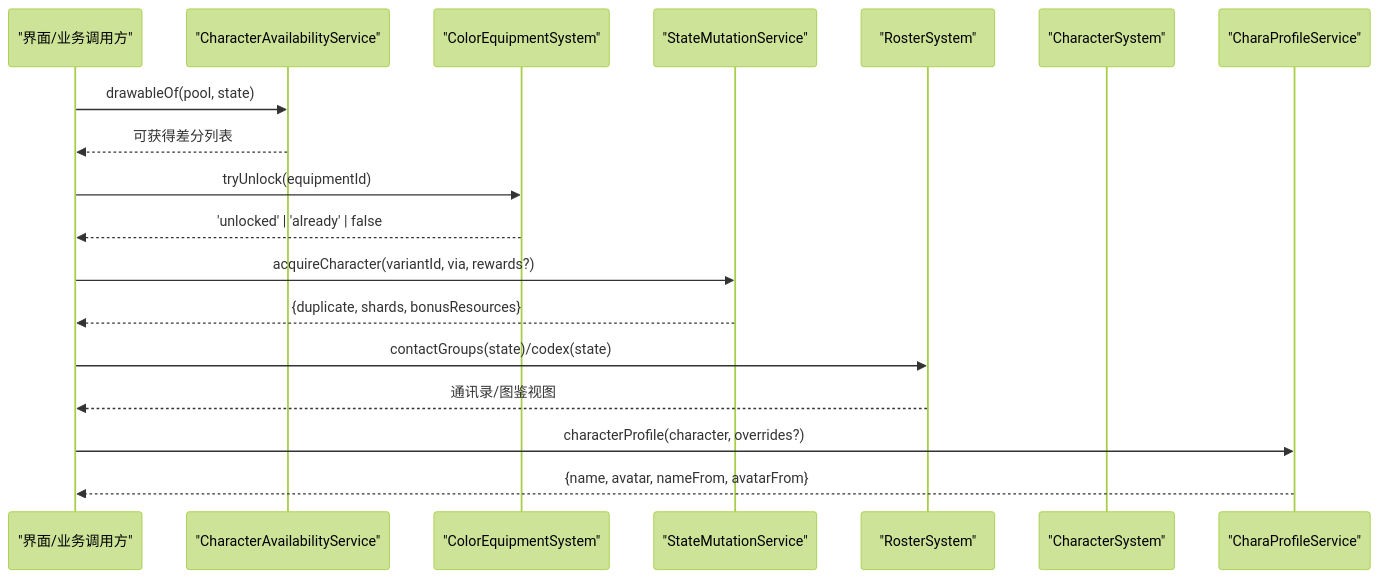
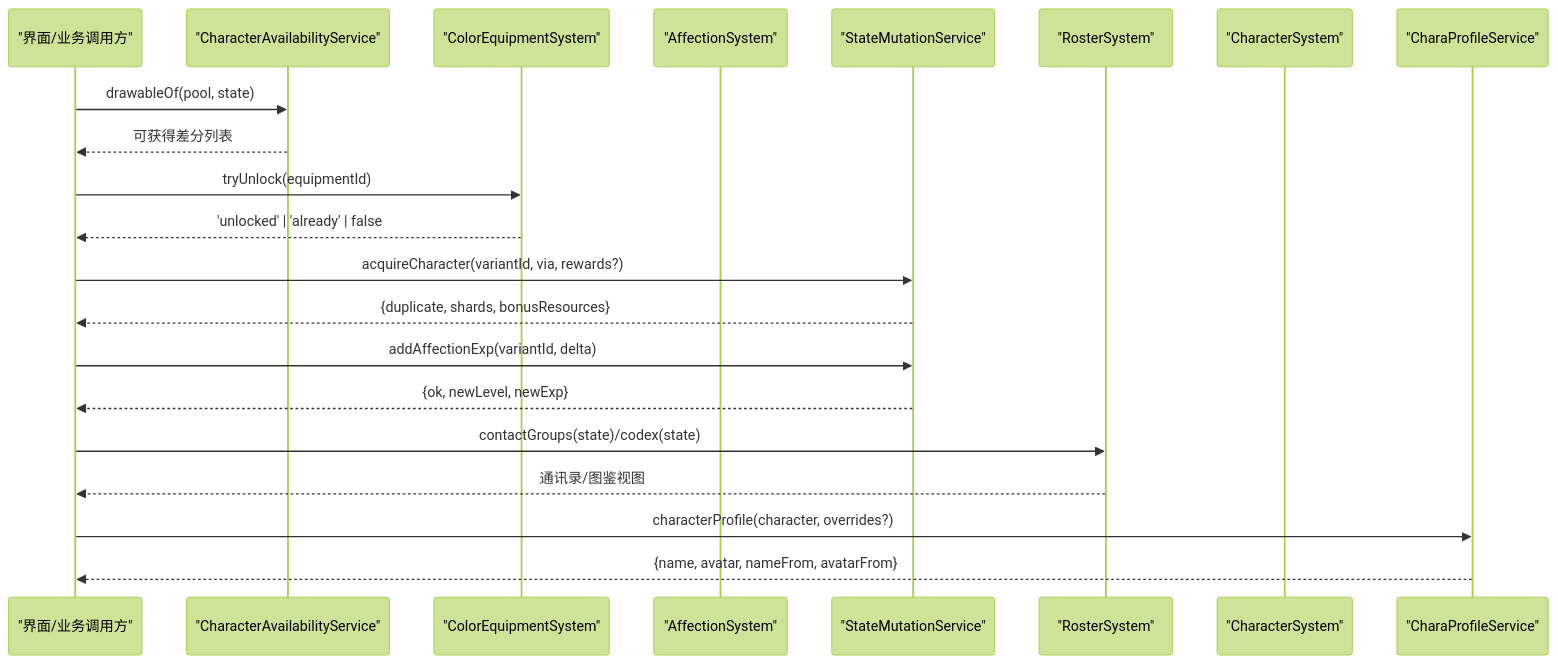
The second of 12 diagrams in .qoder/repowiki/zh/content/游戏系统/角色系统.md (EsiLA9/Arona-Clicker), drawn with Mermaid (forest theme) before and after one commit. The commit also changed other lines of this file and 79 other files, not shown here.

````diff
--- a/.qoder/repowiki/zh/content/游戏系统/角色系统.md
+++ b/.qoder/repowiki/zh/content/游戏系统/角色系统.md
@@ -126,20 +137,23 @@
 ```mermaid
 sequenceDiagram
 participant UI as "界面/业务调用方"
 participant Avail as "CharacterAvailabilityService"
 participant Equip as "ColorEquipmentSystem"
+participant Aff as "AffectionSystem"
 participant Mut as "StateMutationService"
 participant Rost as "RosterSystem"
 participant CharSys as "CharacterSystem"
 participant Prof as "CharaProfileService"
 UI->>Avail : drawableOf(pool, state)
 Avail-->>UI : 可获得差分列表
 UI->>Equip : tryUnlock(equipmentId)
 Equip-->>UI : 'unlocked' | 'already' | false
 UI->>Mut : acquireCharacter(variantId, via, rewards?)
 Mut-->>UI : {duplicate, shards, bonusResources}
+UI->>Mut : addAffectionExp(variantId, delta)
+Mut-->>UI : {ok, newLevel, newExp}
 UI->>Rost : contactGroups(state)/codex(state)
 Rost-->>UI : 通讯录/图鉴视图
 UI->>Prof : characterProfile(character, overrides?)
 Prof-->>UI : {name, avatar, nameFrom, avatarFrom}
 ```
````
